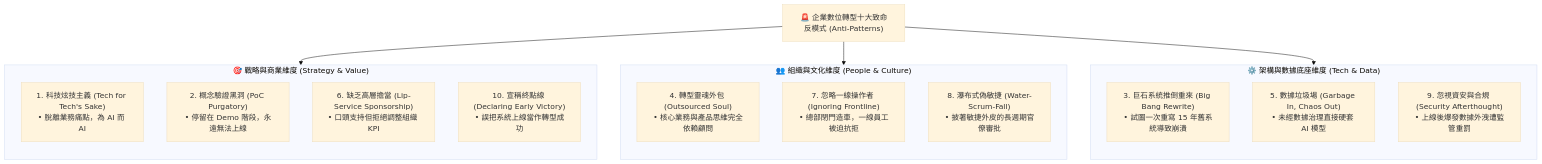
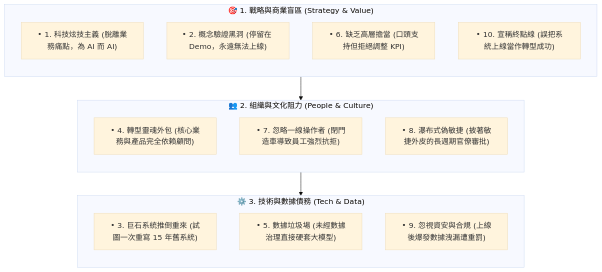
The diagram in 07-case-studies-and-anti-patterns.md (billy1030/digital-tranformation-learning), drawn with Mermaid (base theme) before and after one commit. The commit also changed 1 other file, not shown here.

Commit message:
refactor(mermaid): redesign diagram 07.1 into a compact vertically stacked 3-layer architecture

````diff
--- a/07-case-studies-and-anti-patterns.md
+++ b/07-case-studies-and-anti-patterns.md
@@ -54,30 +54,26 @@
 ```mermaid
 flowchart TD
-    ROOT["🚨 企業數位轉型十大致命反模式 (Anti-Patterns)"]
-
-    subgraph P1["🎯 戰略與商業維度 (Strategy & Value)"]
+    subgraph P1["🎯 1. 戰略與商業盲區 (Strategy & Value)"]
         direction TB
-        A1["1. 科技炫技主義 (Tech for Tech's Sake)<br/>• 脫離業務痛點，為 AI 而 AI"]
-        A2["2. 概念驗證黑洞 (PoC Purgatory)<br/>• 停留在 Demo 階段，永遠無法上線"]
-        A6["6. 缺乏高層擔當 (Lip-Service Sponsorship)<br/>• 口頭支持但拒絕調整組織 KPI"]
-        A10["10. 宣稱終點線 (Declaring Early Victory)<br/>• 誤把系統上線當作轉型成功"]
+        A1["• 1. 科技炫技主義 (脫離業務痛點，為 AI 而 AI)"]
+        A2["• 2. 概念驗證黑洞 (停留在 Demo，永遠無法上線)"]
+        A3["• 6. 缺乏高層擔當 (口頭支持但拒絕調整 KPI)"]
+        A4["• 10. 宣稱終點線 (誤把系統上線當作轉型成功)"]
     end
 
-    subgraph P2["👥 組織與文化維度 (People & Culture)"]
+    subgraph P2["👥 2. 組織與文化阻力 (People & Culture)"]
         direction TB
-        A4["4. 轉型靈魂外包 (Outsourced Soul)<br/>• 核心業務與產品思維完全依賴顧問"]
-        A7["7. 忽略一線操作者 (Ignoring Frontline)<br/>• 總部閉門造車，一線員工被迫抗拒"]
-        A8["8. 瀑布式偽敏捷 (Water-Scrum-Fall)<br/>• 披著敏捷外皮的長週期官僚審批"]
+        B1["• 4. 轉型靈魂外包 (核心業務與產品完全依賴顧問)"]
+        B2["• 7. 忽略一線操作者 (閉門造車導致員工強烈抗拒)"]
+        B3["• 8. 瀑布式偽敏捷 (披著敏捷外皮的長週期官僚審批)"]
     end
 
-    subgraph P3["⚙️ 架構與數據底座維度 (Tech & Data)"]
+    subgraph P3["⚙️ 3. 技術與數據債務 (Tech & Data)"]
         direction TB
-        A3["3. 巨石系統推倒重來 (Big Bang Rewrite)<br/>• 試圖一次重寫 15 年舊系統導致崩潰"]
-        A5["5. 數據垃圾場 (Garbage In, Chaos Out)<br/>• 未經數據治理直接硬套 AI 模型"]
-        A9["9. 忽視資安與合規 (Security Afterthought)<br/>• 上線後爆發數據外洩遭監管重罰"]
+        C1["• 3. 巨石系統推倒重來 (試圖一次重寫 15 年舊系統)"]
+        C2["• 5. 數據垃圾場 (未經數據治理直接硬套大模型)"]
+        C3["• 9. 忽視資安與合規 (上線後爆發數據洩漏遭重罰)"]
     end
 
-    ROOT --> P1
-    ROOT --> P2
-    ROOT --> P3
+    P1 --> P2 --> P3
 ```
````
